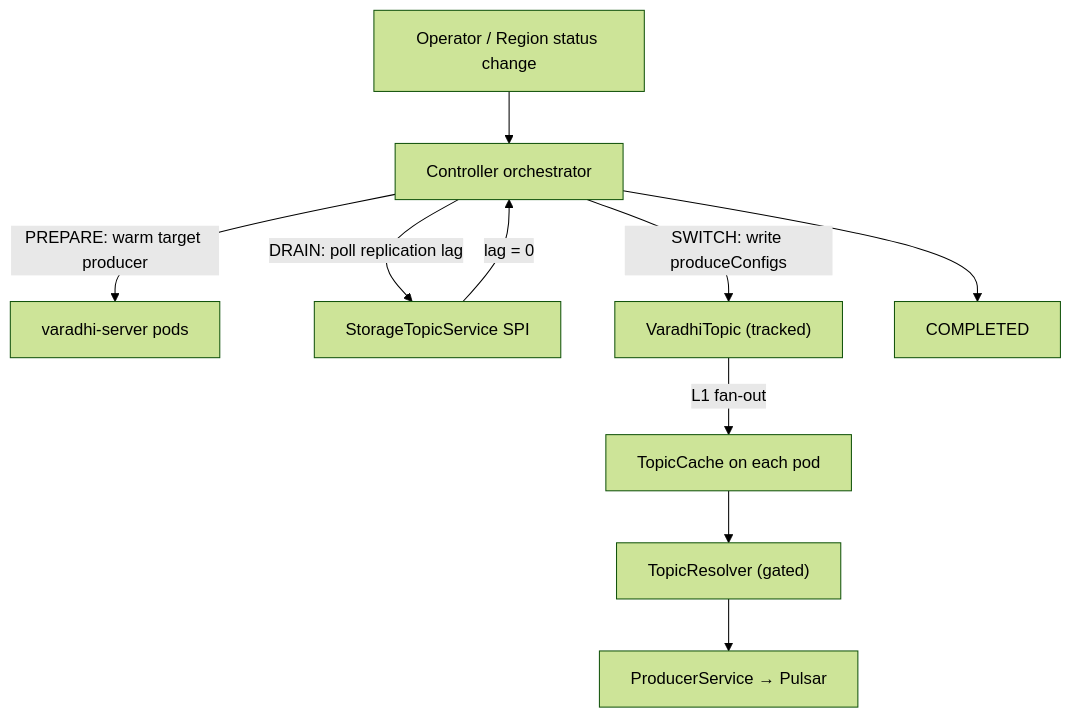
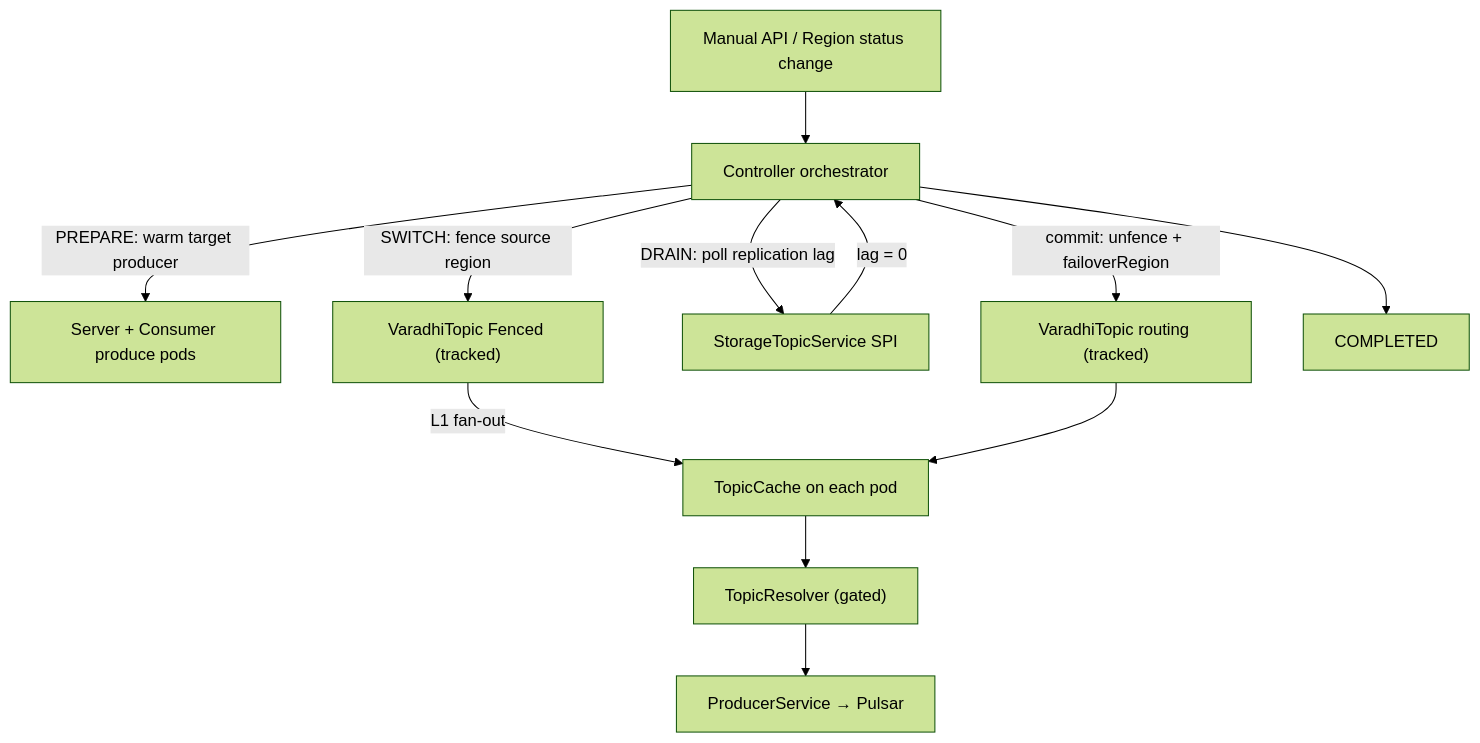
One commit to flipkart-incubator/varadhi changed the first of 4 diagrams in vips/VIP-0003.md. Above: the diagram before and after it, drawn with Mermaid (forest theme). The commit also changed other lines of this file, not shown here.

````diff
--- a/vips/VIP-0003.md
+++ b/vips/VIP-0003.md
@@ -30,12 +62,14 @@
 ```mermaid
 flowchart TD
-    Op["Operator / Region status change"] --> Ctrl["Controller orchestrator"]
-    Ctrl -->|"PREPARE: warm target producer"| Pods["varadhi-server pods"]
+    Admin["Manual API / Region status change"] --> Ctrl["Controller orchestrator"]
+    Ctrl -->|"PREPARE: warm target producer"| Pods["Server + Consumer produce pods"]
+    Ctrl -->|"SWITCH: fence source region"| Topic["VaradhiTopic Fenced (tracked)"]
+    Topic -->|"L1 fan-out"| Cache["TopicCache on each pod"]
     Ctrl -->|"DRAIN: poll replication lag"| Lag["StorageTopicService SPI"]
     Lag -->|"lag = 0"| Ctrl
-    Ctrl -->|"SWITCH: write produceConfigs"| Topic["VaradhiTopic (tracked)"]
-    Topic -->|"L1 fan-out"| Cache["TopicCache on each pod"]
+    Ctrl -->|"commit: unfence + failoverRegion"| Topic2["VaradhiTopic routing (tracked)"]
+    Topic2 --> Cache
     Cache --> Resolver["TopicResolver (gated)"]
     Resolver --> Produce["ProducerService → Pulsar"]
     Ctrl --> Done["COMPLETED"]
 ```
````
